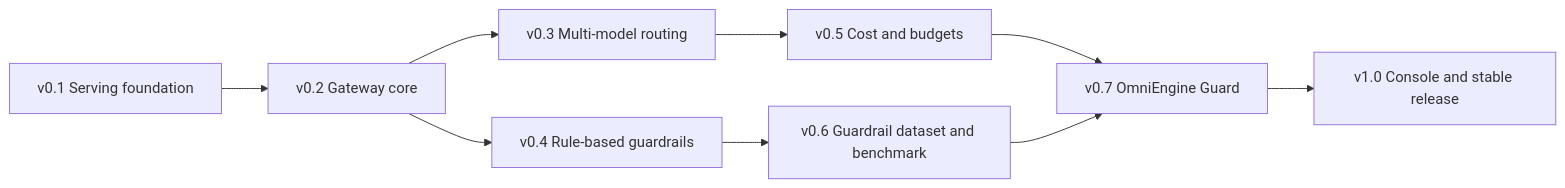
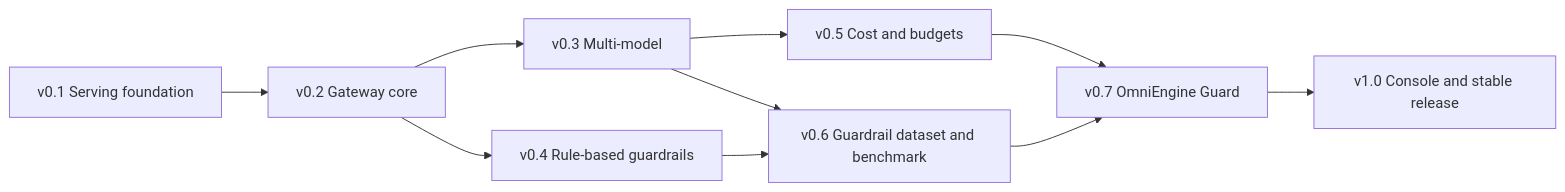
Before and after one commit to ell-iothk/omniengine: the second of 3 diagrams in README.md, drawn with Mermaid. The commit also changed other lines of this file and 1 other file, not shown here.

````diff
--- a/README.md
+++ b/README.md
@@ -74,11 +135,12 @@
 ```mermaid
 flowchart LR
     v01["v0.1 Serving foundation"] --> v02["v0.2 Gateway core"]
-    v02 --> v03["v0.3 Multi-model routing"]
+    v02 --> v03["v0.3 Multi-model"]
     v03 --> v05["v0.5 Cost and budgets"]
     v02 --> v04["v0.4 Rule-based guardrails"]
     v04 --> v06["v0.6 Guardrail dataset and benchmark"]
+    v03 --> v06
     v05 --> v07["v0.7 OmniEngine Guard"]
     v06 --> v07
     v07 --> v10["v1.0 Console and stable release"]
 ```
````
